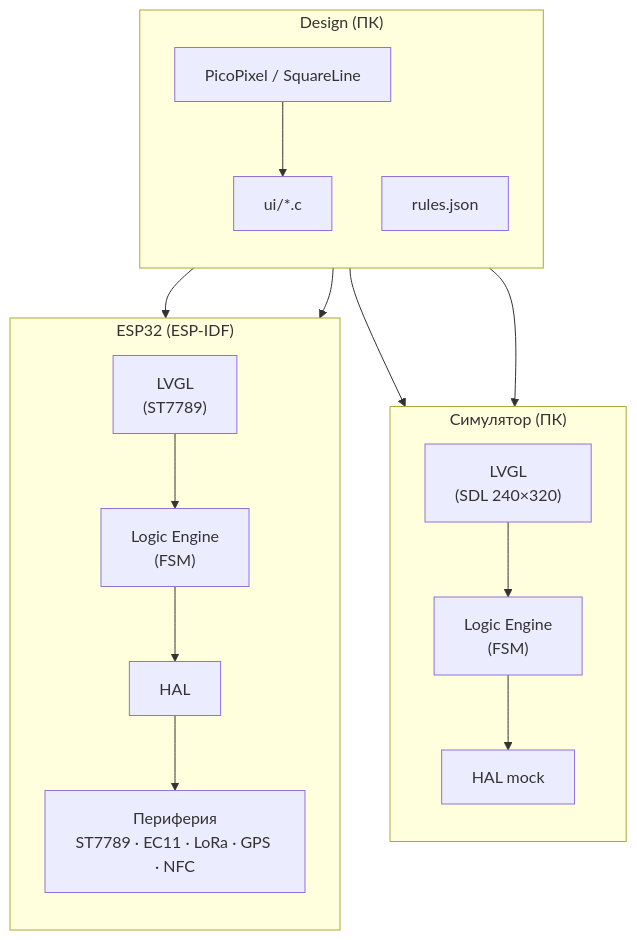
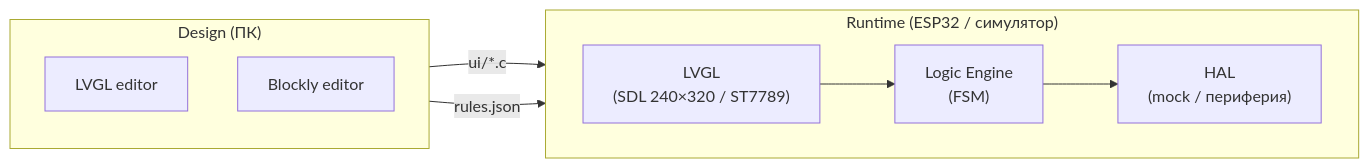
One commit to danil-murashkin/gametracker changed the diagram in README.md. Above: the diagram before and after it, drawn with Mermaid. The commit also changed 54 other files, not shown here.

First line of the commit message:
Add local Blockly FSM editor and Block Factory.

````diff
--- a/README.md
+++ b/README.md
@@ -11,50 +11,30 @@
 ```mermaid
-flowchart TB
-
-%% =======================
-%% SIMULATOR
-%% =======================
-subgraph S["Симулятор (ПК)"]
-    direction TB
-    s_lvgl["LVGL\n(SDL 240×320)"]
-    s_le["Logic Engine\n(FSM)"]
-    s_hal["HAL mock"]
-
-    s_lvgl --> s_le --> s_hal
-end
+flowchart LR
 
 %% =======================
 %% DESIGN
 %% =======================
 subgraph D["Design (ПК)"]
     direction TB
-    PP["PicoPixel / SquareLine"]
-    UI["ui/*.c"]
-    RJ["rules.json"]
-
-    PP --> UI
-    RJ
+    LE["LVGL editor"]
+    BE["Blockly editor"]
 end
 
 %% =======================
-%% ESP32
+%% RUNTIME
 %% =======================
-subgraph E["ESP32 (ESP-IDF)"]
-    direction TB
-    e_lvgl["LVGL\n(ST7789)"]
-    e_le["Logic Engine\n(FSM)"]
-    e_hal["HAL"]
-    e_hw["Периферия\nST7789 · EC11 · LoRa · GPS · NFC"]
+subgraph R["Runtime (ESP32 / симулятор)"]
+    direction LR
+    lvgl["LVGL\n(SDL 240×320 / ST7789)"]
+    le["Logic Engine\n(FSM)"]
+    hal["HAL\n(mock / периферия)"]
 
-    e_lvgl --> e_le --> e_hal --> e_hw
+    lvgl --> le --> hal
 end
 
 %% =======================
 %% CROSS LINKS
 %% =======================
-UI --> s_lvgl
-UI --> e_lvgl
-
-RJ --> s_le
-RJ --> e_le
+LE -->|"ui/*.c"| lvgl
+BE -->|"rules.json"| le
 ```
````
